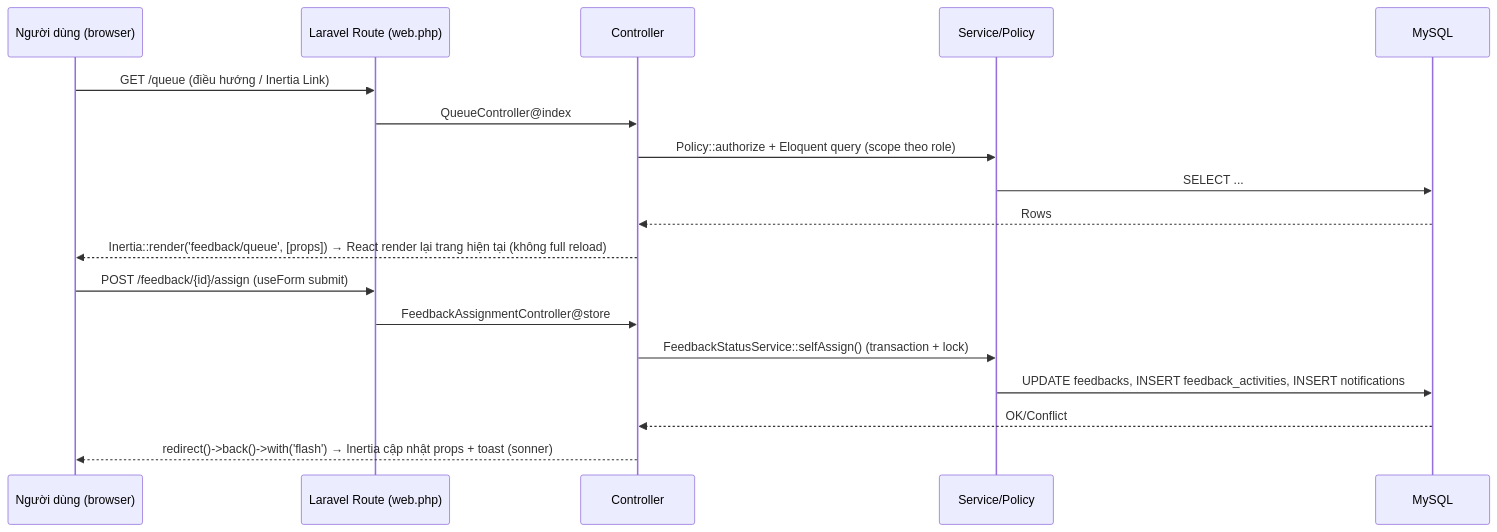
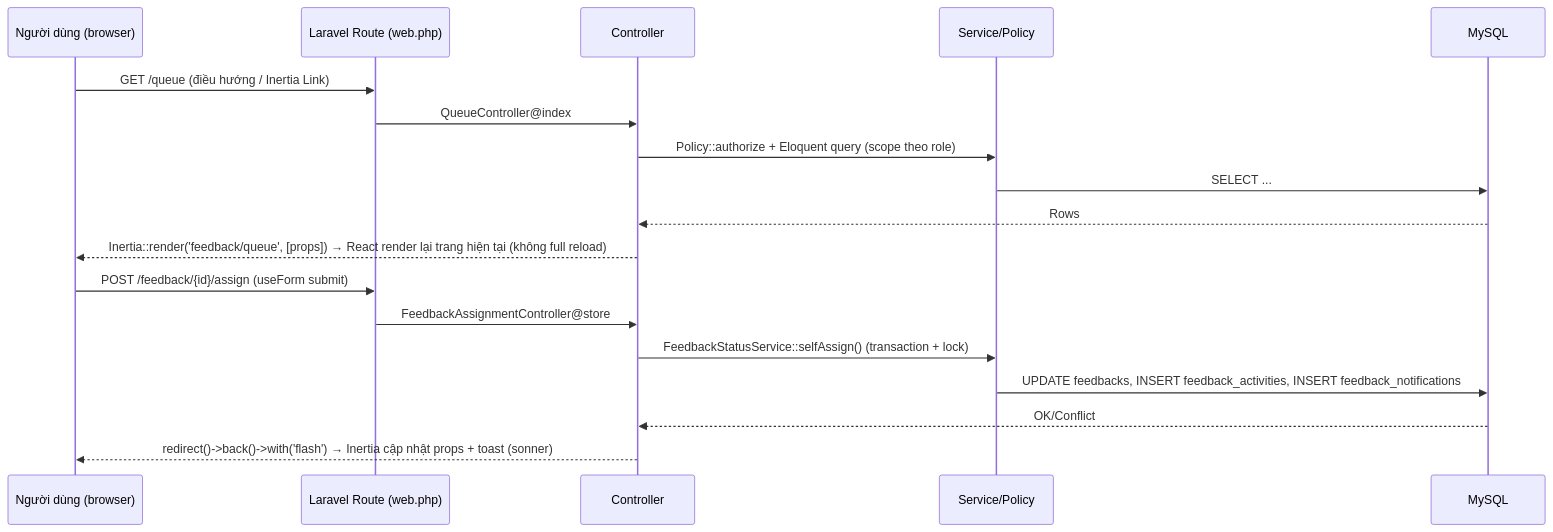
One commit to SweetieMin/feedback_tnttgxmyvan changed the first of 2 diagrams in docs/design/feedback-mvp-technical-design.md. Above: the diagram before and after it, drawn with Mermaid. The commit also changed other lines of this file and 279 other files, not shown here.

````diff
--- a/docs/design/feedback-mvp-technical-design.md
+++ b/docs/design/feedback-mvp-technical-design.md
@@ -39,22 +39,22 @@
 ```mermaid
 sequenceDiagram
     participant U as Người dùng (browser)
     participant R as Laravel Route (web.php)
     participant C as Controller
     participant S as Service/Policy
     participant D as MySQL
 
     U->>R: GET /queue (điều hướng / Inertia Link)
     R->>C: QueueController@index
     C->>S: Policy::authorize + Eloquent query (scope theo role)
     S->>D: SELECT ...
     D-->>C: Rows
     C-->>U: Inertia::render('feedback/queue', [props]) → React render lại trang hiện tại (không full reload)
 
     U->>R: POST /feedback/{id}/assign (useForm submit)
     R->>C: FeedbackAssignmentController@store
     C->>S: FeedbackStatusService::selfAssign() (transaction + lock)
-    S->>D: UPDATE feedbacks, INSERT feedback_activities, INSERT notifications
+    S->>D: UPDATE feedbacks, INSERT feedback_activities, INSERT feedback_notifications
     D-->>C: OK/Conflict
     C-->>U: redirect()->back()->with('flash') → Inertia cập nhật props + toast (sonner)
 ```
````
